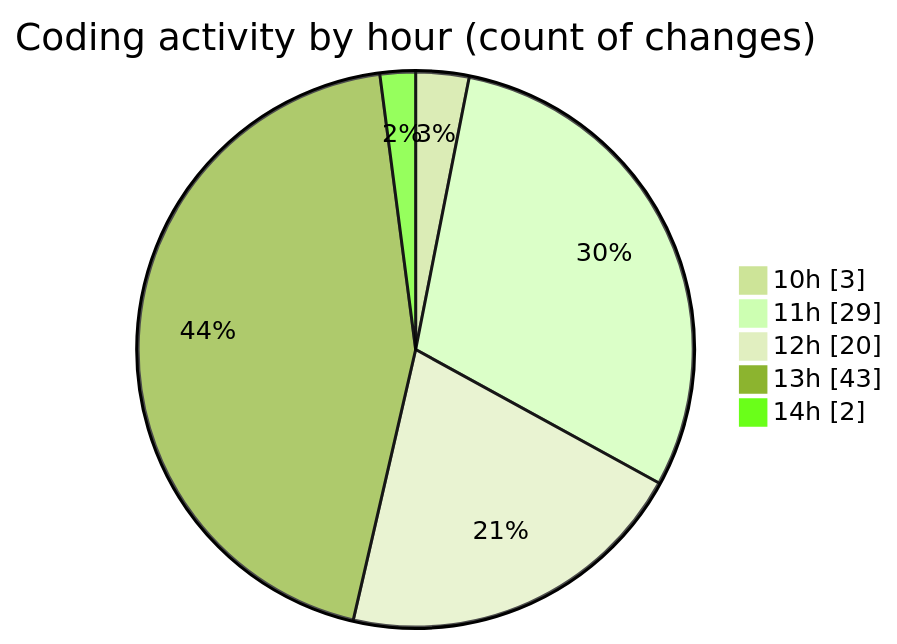
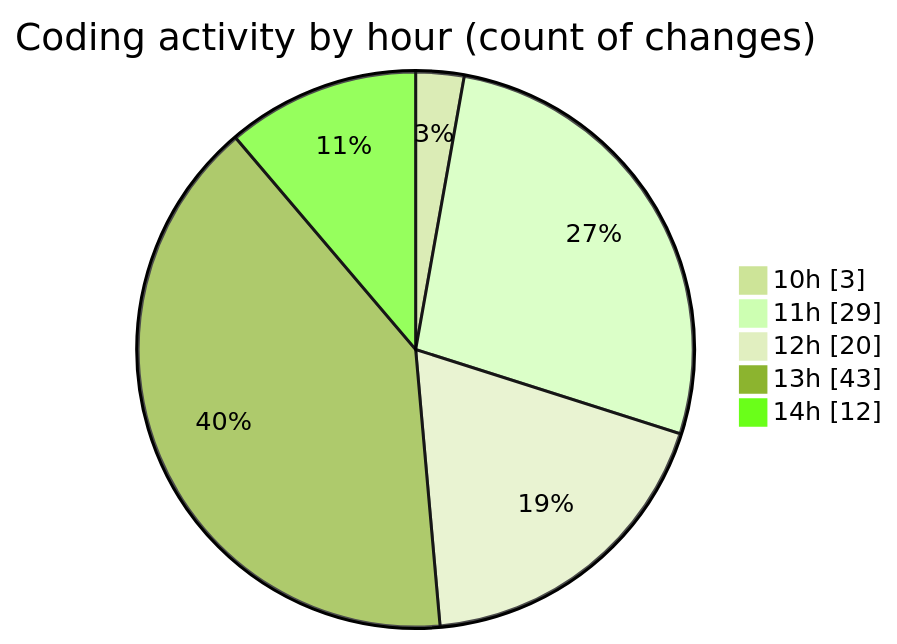
Before and after one commit to EIIisD/code-tracking: the second of 2 diagrams in 2025-08-14/ribbon/README.md, drawn with Mermaid (forest theme). The commit also changed other lines of this file and 1 other file, not shown here.

````diff
--- a/2025-08-14/ribbon/README.md
+++ b/2025-08-14/ribbon/README.md
@@ -40,9 +40,9 @@
 ```mermaid
 pie showData
 title Coding activity by hour (count of changes)
 "10h" : 3
 "11h" : 29
 "12h" : 20
 "13h" : 43
-"14h" : 2
+"14h" : 12
 ```
````
